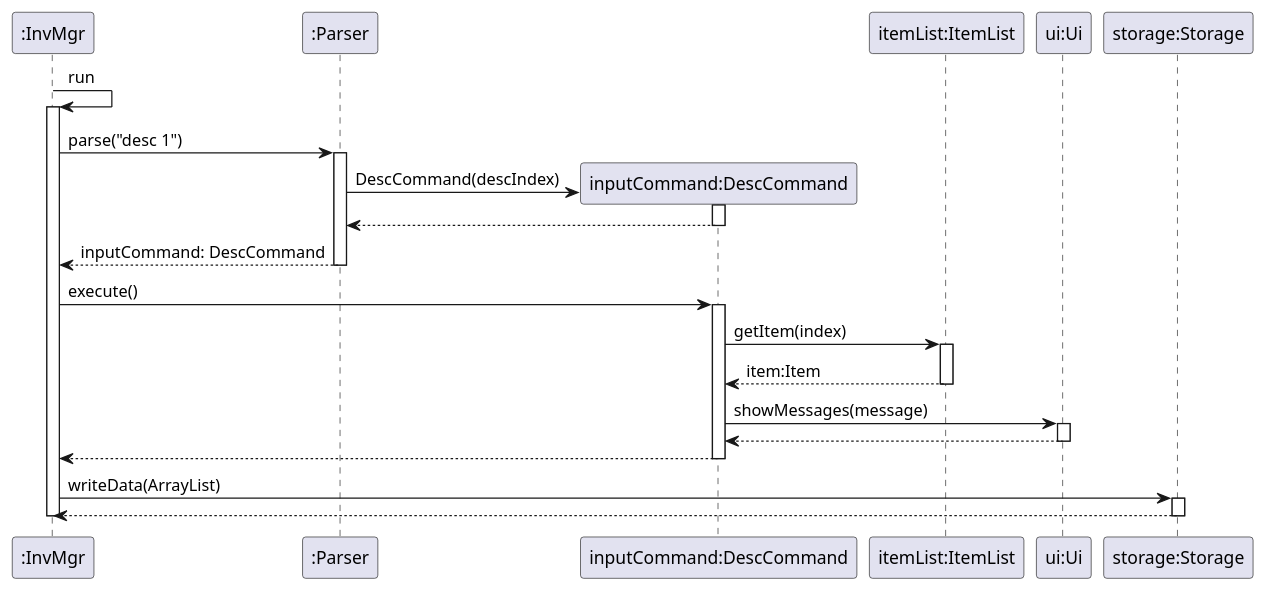
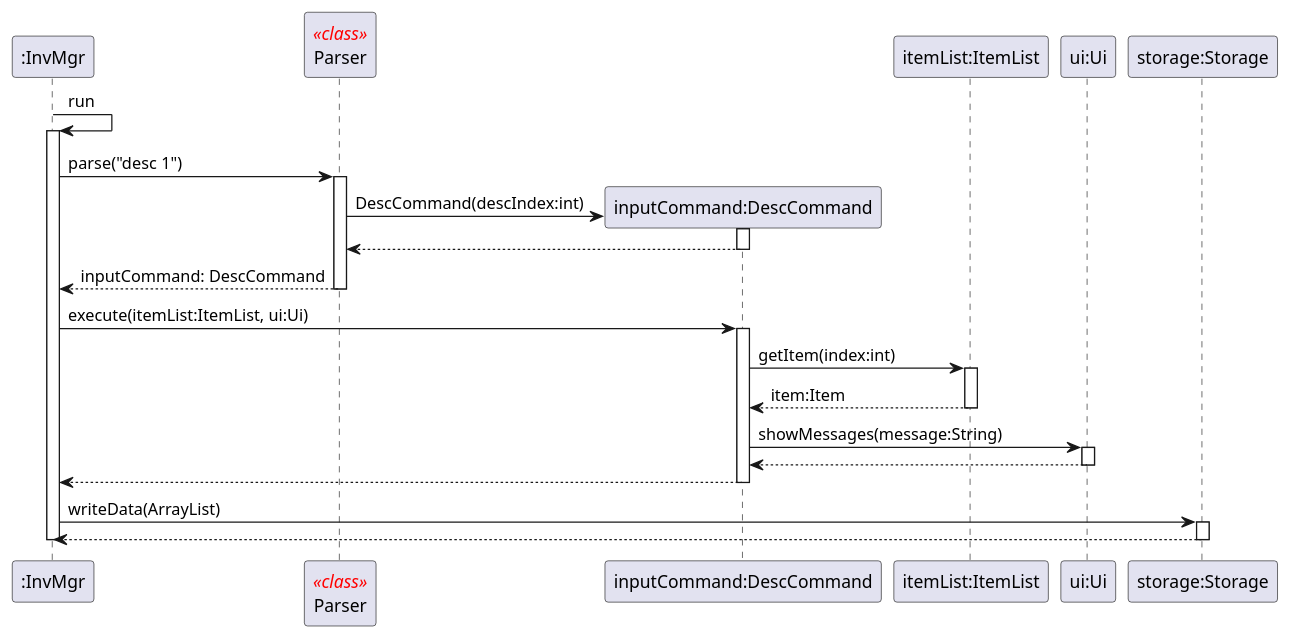
The diagram in docs/diagrams/DescCommandSequenceDiagram.puml (nus-cs2113-AY2122S2/tp), drawn with PlantUML before and after one commit.

Commit message:
Update DescCommandSequenceDiagram to add parameter types

```diff
--- a/docs/diagrams/DescCommandSequenceDiagram.puml
+++ b/docs/diagrams/DescCommandSequenceDiagram.puml
@@ -1,39 +1,41 @@
 @startuml
 
+skinparam sequenceStereotypeFontColor red
+
 Participant ":InvMgr" as InvMgr
-Participant ":Parser" as Parser
+Participant "Parser" as Parser <<class>>
 Participant "inputCommand:DescCommand" as DescCommand
 Participant "itemList:ItemList" as ItemList
 Participant "ui:Ui" as Ui
 Participant "storage:Storage" as Storage
 
 InvMgr -> InvMgr: run
 activate InvMgr
     InvMgr -> Parser: parse("desc 1")
     activate Parser
         create DescCommand
-        Parser -> DescCommand: DescCommand(descIndex)
+        Parser -> DescCommand: DescCommand(descIndex:int)
         activate DescCommand
             return
 
         return inputCommand: DescCommand
 
-    InvMgr -> DescCommand: execute()
+    InvMgr -> DescCommand: execute(itemList:ItemList, ui:Ui)
     activate DescCommand
-        DescCommand -> ItemList: getItem(index)
+        DescCommand -> ItemList: getItem(index:int)
         activate ItemList
             return item:Item
 
-        DescCommand -> Ui: showMessages(message)
+        DescCommand -> Ui: showMessages(message:String)
         activate Ui
             return
 
         return
 
     InvMgr -> Storage: writeData(ArrayList)
     activate Storage
         return
 
 deactivate InvMgr
 
 @enduml
```
